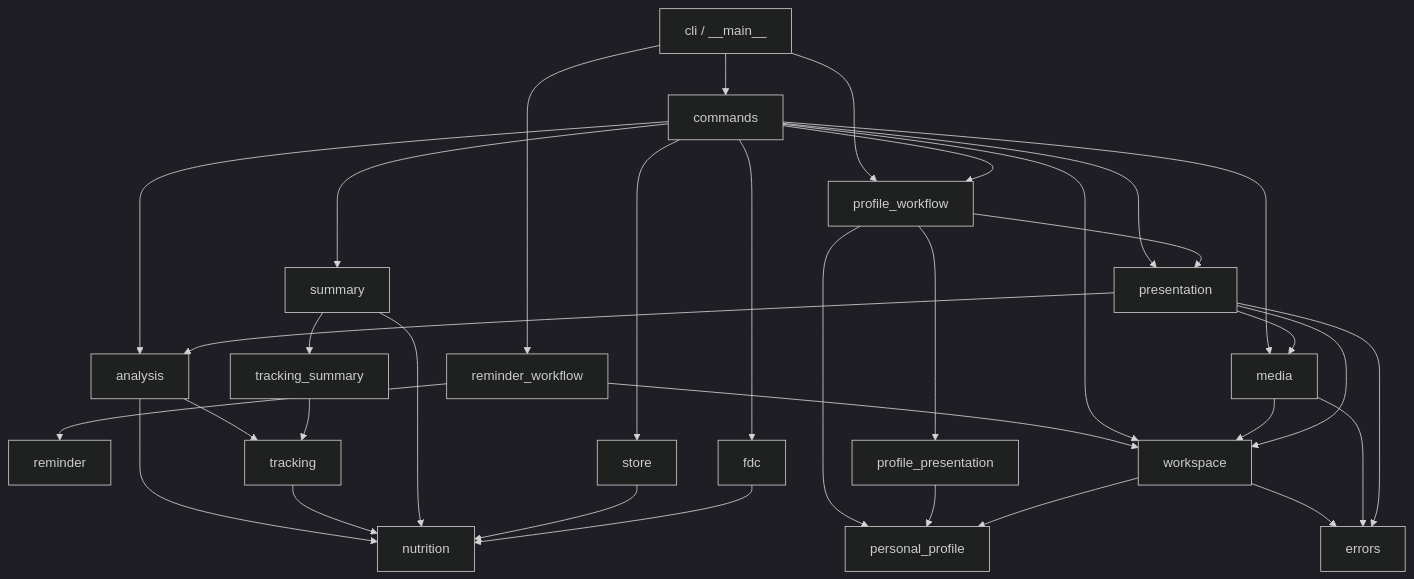
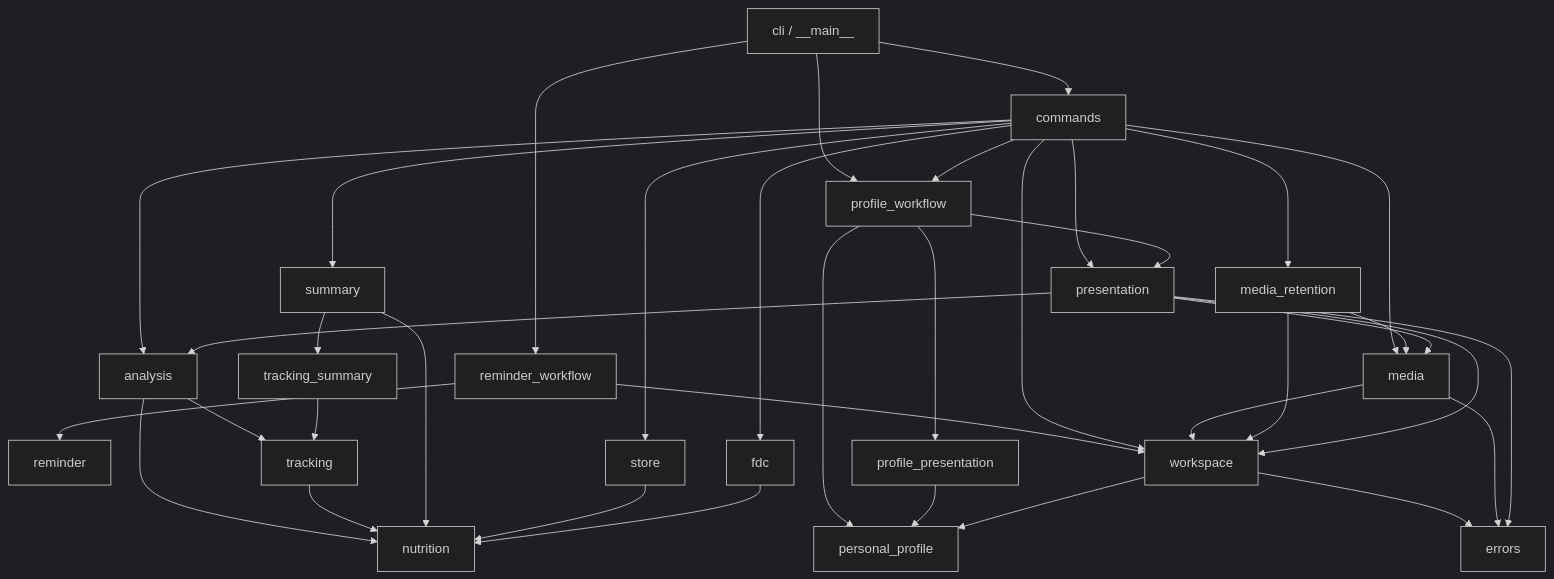
The first of 2 diagrams in docs/architecture.md (imathwy/health), drawn with Mermaid (dark theme) before and after one commit. The commit also changed other lines of this file and 20 other files, not shown here.

````diff
--- a/docs/architecture.md
+++ b/docs/architecture.md
@@ -38,36 +39,39 @@
 ```mermaid
 flowchart TD
     CLI[cli / __main__] --> APP[commands]
     CLI --> PROFILEAPP[profile_workflow]
     CLI --> REMINDERAPP[reminder_workflow]
     APP --> ANALYSIS[analysis]
     APP --> PROFILEAPP
     PROFILEAPP --> PROFILE[personal_profile]
     REMINDERAPP --> REMINDER[reminder]
     REMINDERAPP --> WORKSPACE
     APP --> SUMMARY[summary]
     APP --> WORKSPACE[workspace]
     APP --> MEDIA[media]
+    APP --> RETENTION[media_retention]
     APP --> PRESENTATION[presentation]
     PROFILEAPP --> PROFILEVIEW[profile_presentation]
     PROFILEAPP --> PRESENTATION
     APP --> STORE[store]
     APP --> FDC[fdc]
     ANALYSIS --> NUTRITION[nutrition]
     ANALYSIS --> TRACKING[tracking]
     TRACKING --> NUTRITION
     SUMMARY --> NUTRITION
     SUMMARY --> TRACKING_SUMMARY[tracking_summary]
     TRACKING_SUMMARY --> TRACKING
     STORE --> NUTRITION
     FDC --> NUTRITION
     MEDIA --> WORKSPACE
+    RETENTION --> MEDIA
+    RETENTION --> WORKSPACE
     PRESENTATION --> ANALYSIS
     PRESENTATION --> MEDIA
     PRESENTATION --> WORKSPACE
     PROFILEVIEW --> PROFILE
     WORKSPACE --> PROFILE
     WORKSPACE --> ERRORS[errors]
     MEDIA --> ERRORS
     PRESENTATION --> ERRORS
 ```
````
